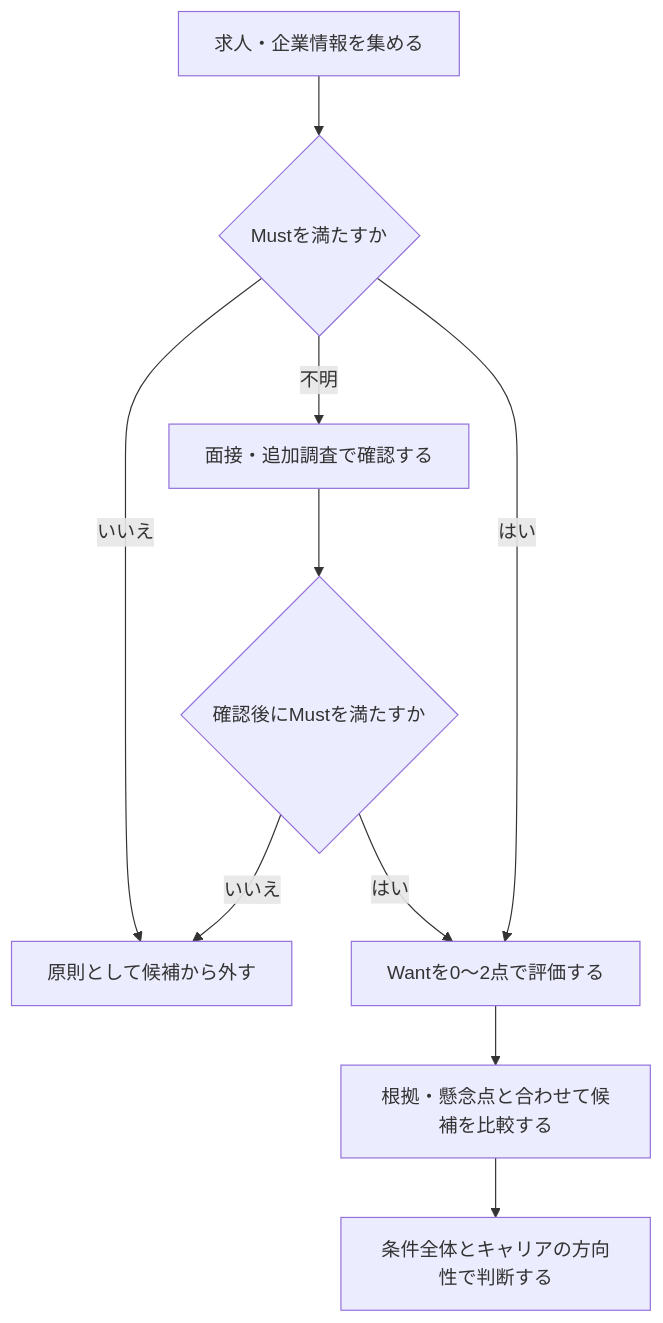
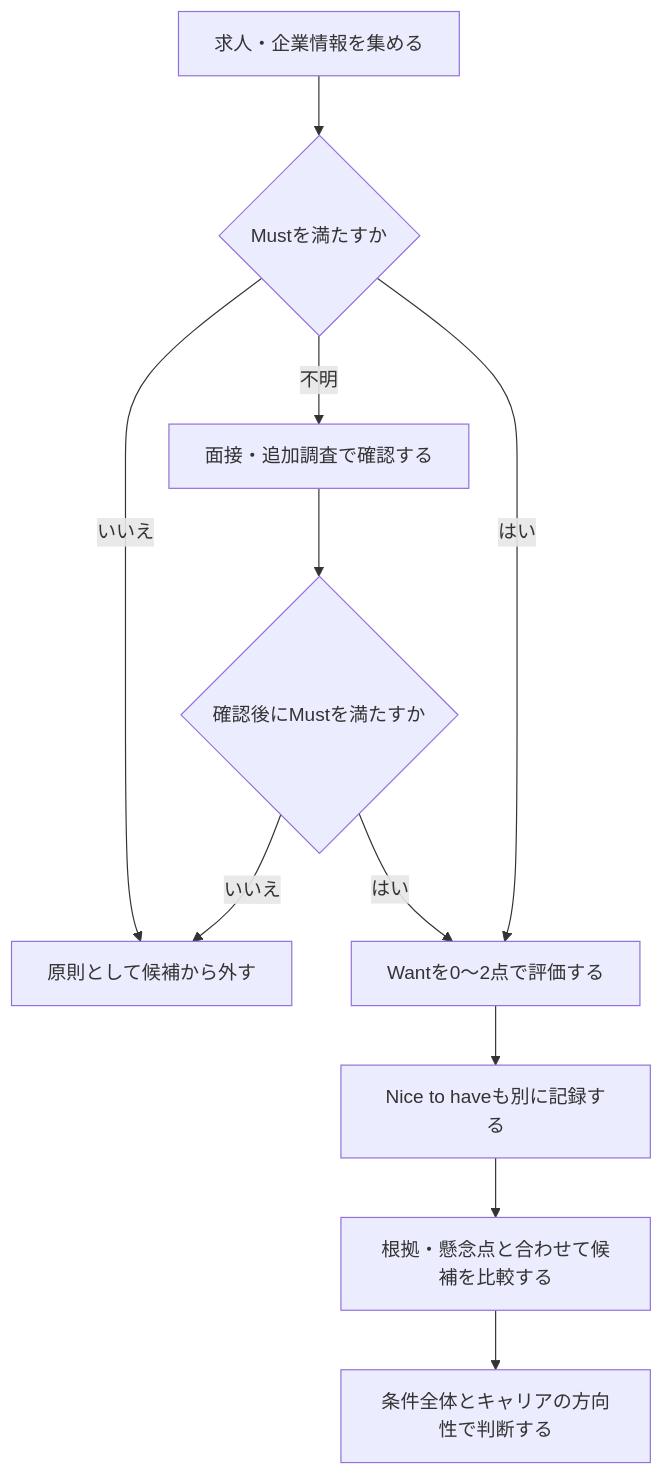
One commit to zucky-quest/it-vault changed the second of 2 diagrams in 02-projects/job-change/job-change-criteria.md. Above: the diagram before and after it, drawn with Mermaid. The commit also changed other lines of this file, not shown here.

````diff
--- a/02-projects/job-change/job-change-criteria.md
+++ b/02-projects/job-change/job-change-criteria.md
@@ -78,12 +98,13 @@
 ```mermaid
 flowchart TD
   A[求人・企業情報を集める] --> B{Mustを満たすか}
   B -->|いいえ| C[原則として候補から外す]
   B -->|不明| D[面接・追加調査で確認する]
   B -->|はい| E[Wantを0〜2点で評価する]
   D --> F{確認後にMustを満たすか}
   F -->|いいえ| C
   F -->|はい| E
-  E --> G[根拠・懸念点と合わせて候補を比較する]
-  G --> H[条件全体とキャリアの方向性で判断する]
+  E --> G[Nice to haveも別に記録する]
+  G --> H[根拠・懸念点と合わせて候補を比較する]
+  H --> I[条件全体とキャリアの方向性で判断する]
 ```
````
